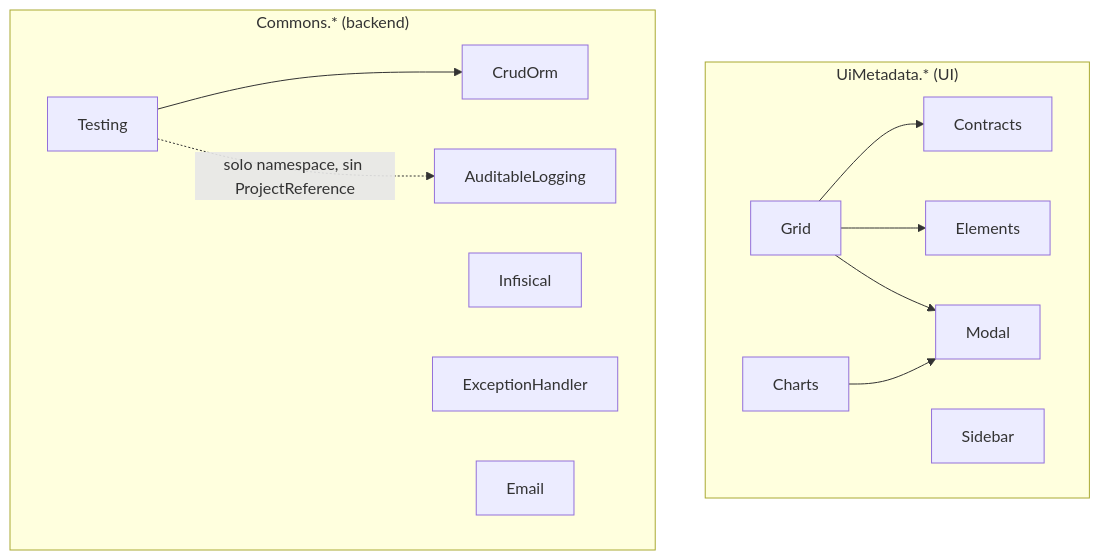
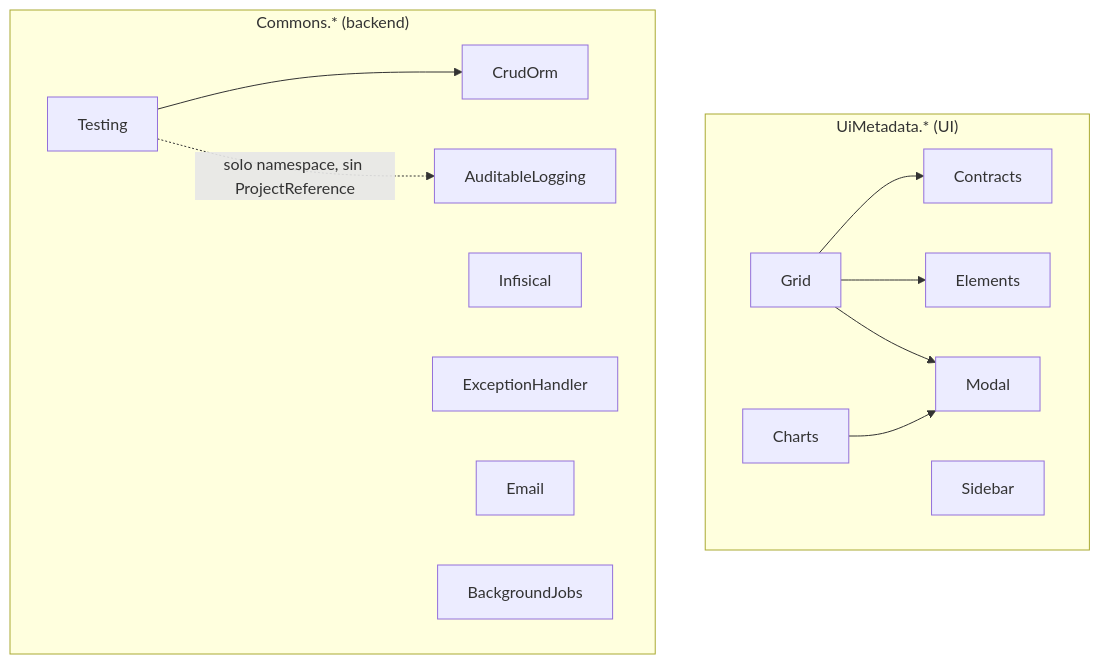
One commit to corebound-labs/docs changed the diagram in README.md. Above: the diagram before and after it, drawn with Mermaid. The commit also changed other lines of this file and 2 other files, not shown here.

Commit message:
docs: add Commons.BackgroundJobs package page

````diff
--- a/README.md
+++ b/README.md
@@ -17,39 +17,41 @@
 ```mermaid
 graph TD
     subgraph "UiMetadata.* (UI)"
         Contracts[Contracts]
         Elements[Elements]
         Modal[Modal]
         Grid[Grid]
         Sidebar[Sidebar]
         Charts[Charts]
     end
     subgraph "Commons.* (backend)"
         CrudOrm[CrudOrm]
         Infisical[Infisical]
         Audit[AuditableLogging]
         ExcHandler[ExceptionHandler]
         Email[Email]
         Testing[Testing]
+        Jobs[BackgroundJobs]
     end
 
     Grid --> Contracts
     Grid --> Elements
     Grid --> Modal
     Charts --> Modal
     Testing --> CrudOrm
     Testing -.->|"solo namespace, sin ProjectReference"| Audit
 
     click Contracts "packages/uimetadata-contracts.md"
     click Elements "packages/uimetadata-elements.md"
     click Modal "packages/uimetadata-modal.md"
     click Grid "packages/uimetadata-grid.md"
     click Sidebar "packages/uimetadata-sidebar.md"
     click Charts "packages/uimetadata-charts.md"
     click CrudOrm "packages/commons-crudorm.md"
     click Infisical "packages/commons-infisical.md"
     click Audit "packages/commons-auditablelogging.md"
     click ExcHandler "packages/commons-exceptionhandler.md"
     click Email "packages/commons-email.md"
     click Testing "packages/commons-testing.md"
+    click Jobs "packages/commons-backgroundjobs.md"
 ```
````
